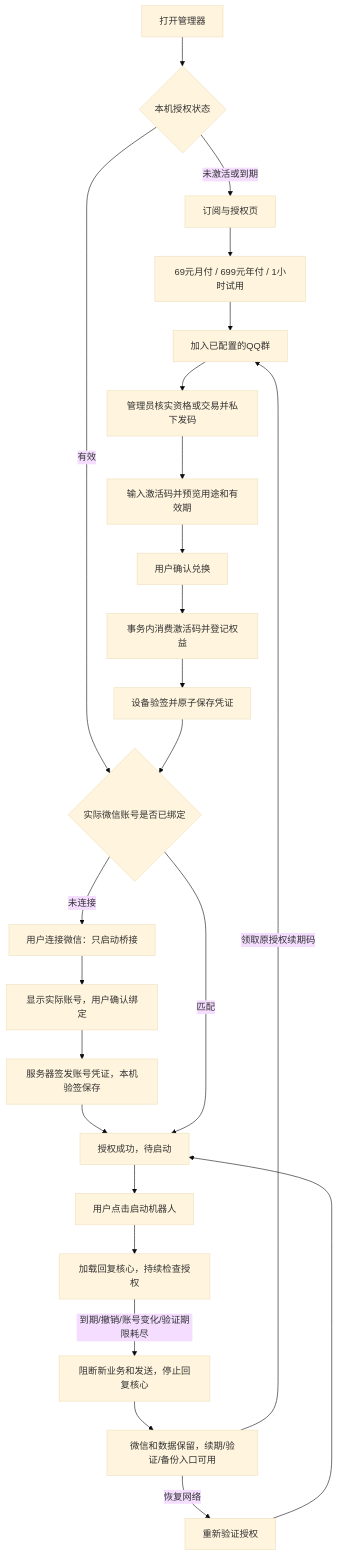
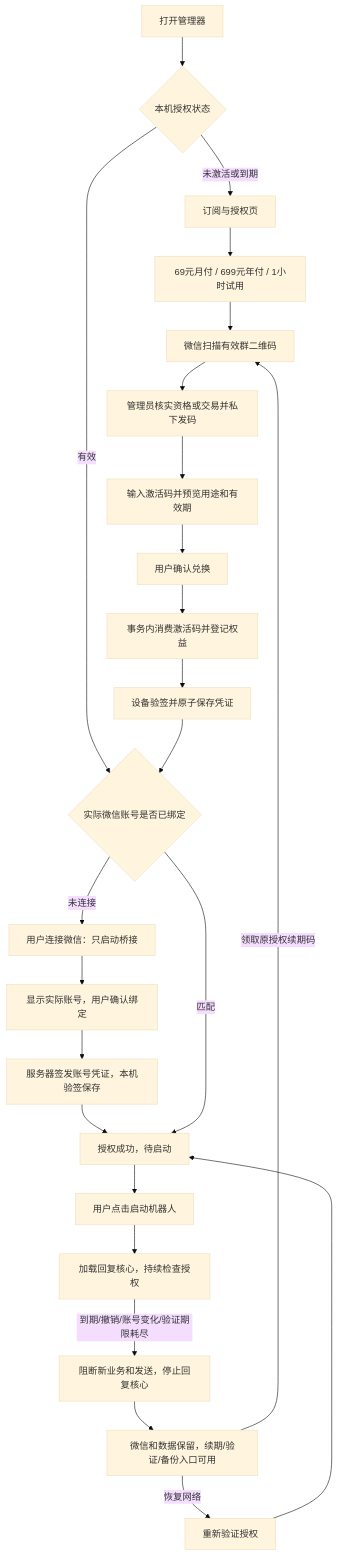
The diagram in docs/requirements/requirements-subscription-authorization.md (c4znr7jpdy-arch/wechatrebot), drawn with Mermaid (base theme) before and after one commit. The commit also changed other lines of this file and 38 other files, not shown here.

````diff
--- a/docs/requirements/requirements-subscription-authorization.md
+++ b/docs/requirements/requirements-subscription-authorization.md
@@ -29,26 +30,26 @@
 ```mermaid
 flowchart TD
     Open[打开管理器] --> Check{本机授权状态}
     Check -->|未激活或到期| Page[订阅与授权页]
     Check -->|有效| Account{实际微信账号是否已绑定}
     Page --> Plans[69元月付 / 699元年付 / 1小时试用]
-    Plans --> QQ[加入已配置的QQ群]
-    QQ --> Admin[管理员核实资格或交易并私下发码]
+    Plans --> WeChat[微信扫描有效群二维码]
+    WeChat --> Admin[管理员核实资格或交易并私下发码]
     Admin --> Preview[输入激活码并预览用途和有效期]
     Preview --> Confirm[用户确认兑换]
     Confirm --> Redeem[事务内消费激活码并登记权益]
     Redeem --> Save[设备验签并原子保存凭证]
     Save --> Account
     Account -->|未连接| Connect[用户连接微信：只启动桥接]
     Connect --> Bind[显示实际账号，用户确认绑定]
     Bind --> Signed[服务器签发账号凭证，本机验签保存]
     Signed --> Ready[授权成功，待启动]
     Account -->|匹配| Ready
     Ready --> Start[用户点击启动机器人]
     Start --> Run[加载回复核心，持续检查授权]
     Run -->|到期/撤销/账号变化/验证期限耗尽| Pause[阻断新业务和发送，停止回复核心]
     Pause --> Keep[微信和数据保留，续期/验证/备份入口可用]
-    Keep -->|领取原授权续期码| QQ
+    Keep -->|领取原授权续期码| WeChat
     Keep -->|恢复网络| Refresh[重新验证授权]
     Refresh --> Ready
 ```
````
